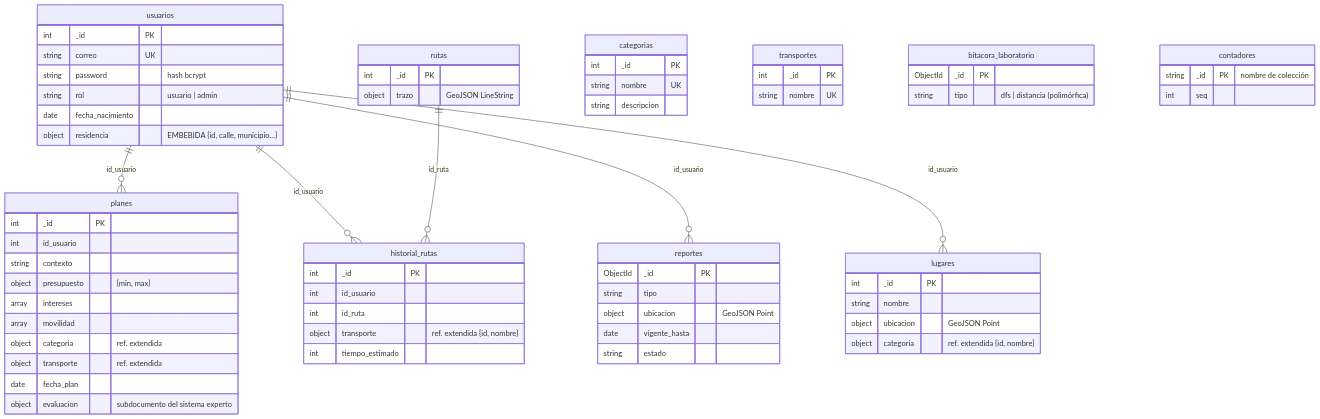
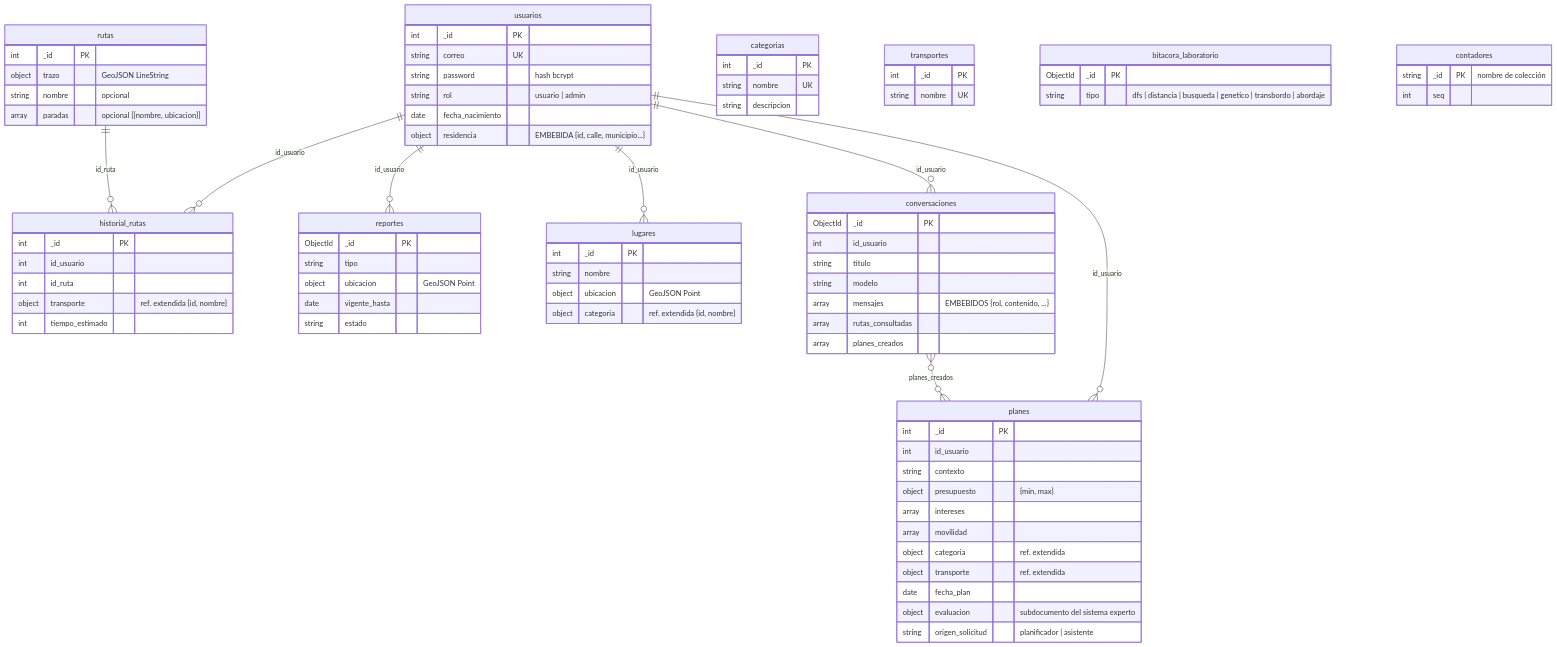
Before and after one commit to jirotrash/KompasAPPbeta: the second of 2 diagrams in DOCS/manual-tecnico/modelo-datos-mongodb.md, drawn with Mermaid. The commit also changed other lines of this file and 13 other files, not shown here.

Commit message:
Documenta la búsqueda informada, el genético, el árbol de paradas y el asistente

````diff
--- a/DOCS/manual-tecnico/modelo-datos-mongodb.md
+++ b/DOCS/manual-tecnico/modelo-datos-mongodb.md
@@ -95,50 +95,62 @@
 ```mermaid
 erDiagram
   usuarios ||--o{ planes : "id_usuario"
   usuarios ||--o{ historial_rutas : "id_usuario"
   usuarios ||--o{ reportes : "id_usuario"
   usuarios ||--o{ lugares : "id_usuario"
   rutas ||--o{ historial_rutas : "id_ruta"
+  usuarios ||--o{ conversaciones : "id_usuario"
+  conversaciones }o--o{ planes : "planes_creados"
 
   usuarios { int _id PK
     string correo UK
     string password "hash bcrypt"
     string rol "usuario | admin"
     date fecha_nacimiento
     object residencia "EMBEBIDA {id, calle, municipio...}" }
   categorias { int _id PK
     string nombre UK
     string descripcion }
   transportes { int _id PK
     string nombre UK }
   lugares { int _id PK
     string nombre
     object ubicacion "GeoJSON Point"
     object categoria "ref. extendida {id, nombre}" }
   rutas { int _id PK
-    object trazo "GeoJSON LineString" }
+    object trazo "GeoJSON LineString"
+    string nombre "opcional"
+    array paradas "opcional [{nombre, ubicacion}]" }
   historial_rutas { int _id PK
     int id_usuario
     int id_ruta
     object transporte "ref. extendida {id, nombre}"
     int tiempo_estimado }
   planes { int _id PK
     int id_usuario
     string contexto
     object presupuesto "{min, max}"
     array intereses
     array movilidad
     object categoria "ref. extendida"
     object transporte "ref. extendida"
     date fecha_plan
-    object evaluacion "subdocumento del sistema experto" }
+    object evaluacion "subdocumento del sistema experto"
+    string origen_solicitud "planificador | asistente" }
   reportes { ObjectId _id PK
     string tipo
     object ubicacion "GeoJSON Point"
     date vigente_hasta
     string estado }
   bitacora_laboratorio { ObjectId _id PK
-    string tipo "dfs | distancia (polimórfica)" }
+    string tipo "dfs | distancia | busqueda | genetico | transbordo | abordaje" }
+  conversaciones { ObjectId _id PK
+    int id_usuario
+    string titulo
+    string modelo
+    array mensajes "EMBEBIDOS {rol, contenido, ...}"
+    array rutas_consultadas
+    array planes_creados }
   contadores { string _id PK "nombre de colección"
     int seq }
 ```
````
